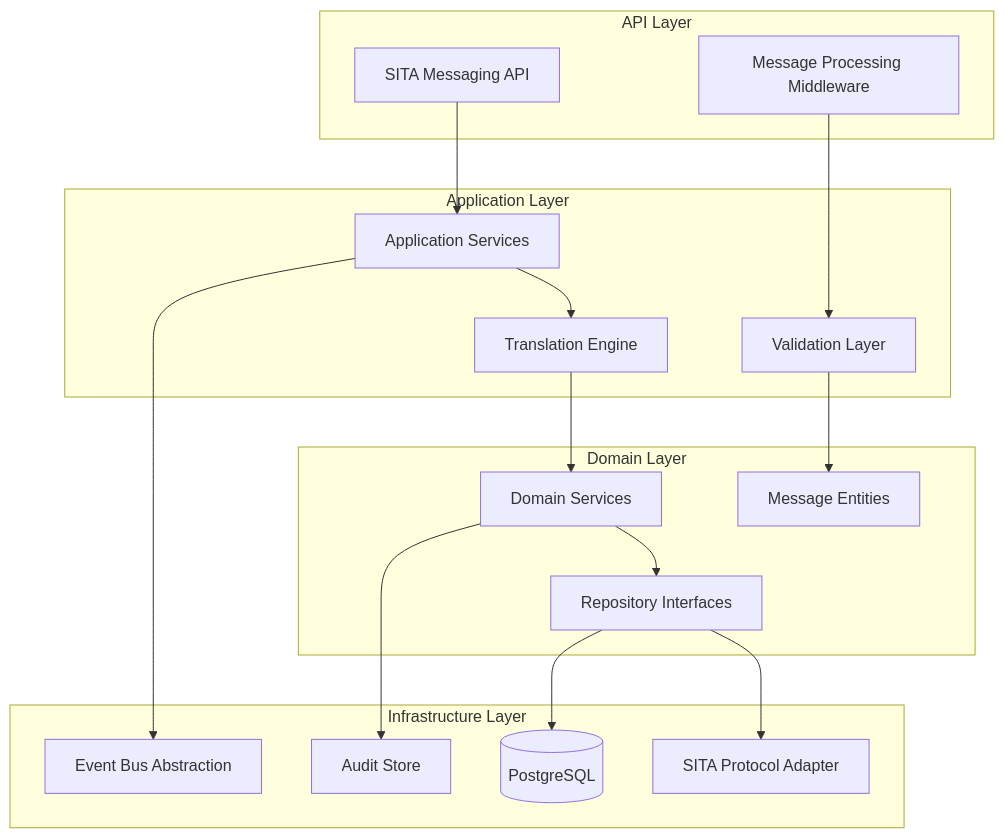
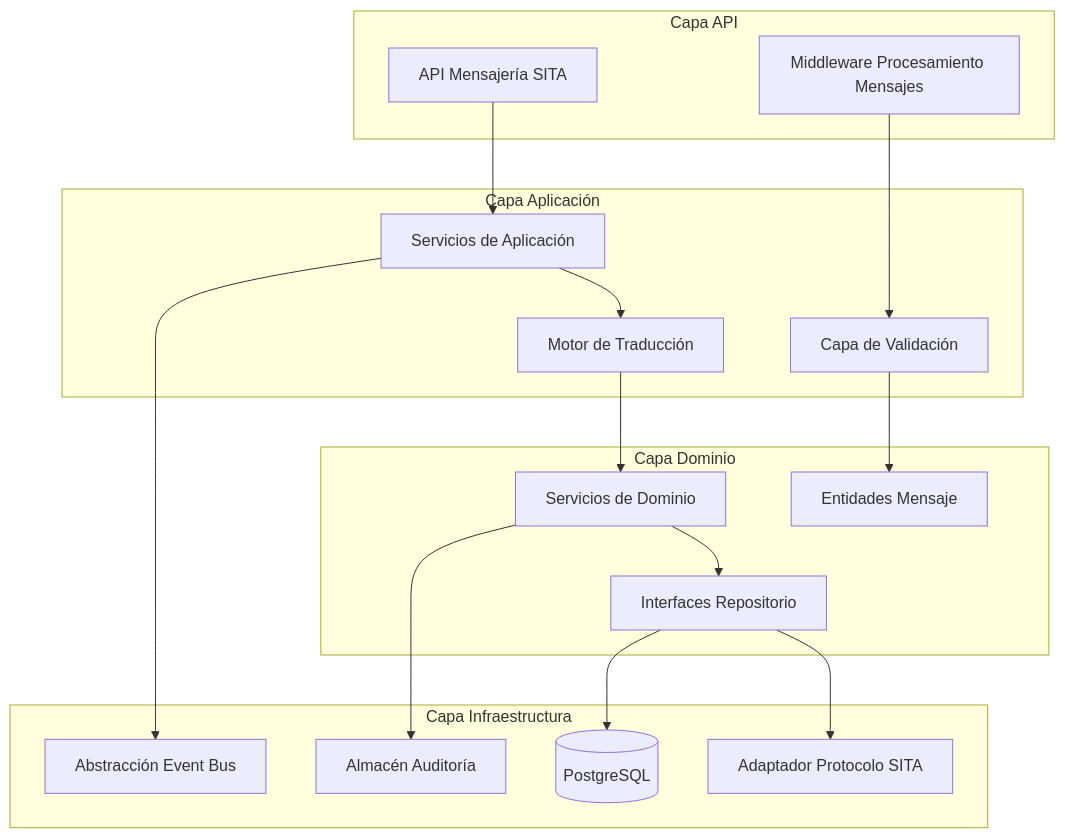
One commit to jclemente-tlm/tlm-arq-servicios-corporativos changed the diagram in docs/servicio-mensajeria-sita/05-vista-bloques-construccion.md. Above: the diagram before and after it, drawn with Mermaid. The commit also changed other lines of this file and 48 other files, not shown here.

````diff
--- a/docs/servicio-mensajeria-sita/05-vista-bloques-construccion.md
+++ b/docs/servicio-mensajeria-sita/05-vista-bloques-construccion.md
@@ -9,37 +9,37 @@
 ```mermaid
 graph TB
-    subgraph "API Layer"
-        API[SITA Messaging API]
-        MW[Message Processing Middleware]
+    subgraph "Capa API"
+        API[API Mensajería SITA]
+        MW[Middleware Procesamiento Mensajes]
     end
 
-    subgraph "Application Layer"
-        AS[Application Services]
-        VL[Validation Layer]
-        TR[Translation Engine]
+    subgraph "Capa Aplicación"
+        AS[Servicios de Aplicación]
+        VL[Capa de Validación]
+        TR[Motor de Traducción]
     end
 
-    subgraph "Domain Layer"
-        MSG[Message Entities]
-        SVC[Domain Services]
-        REPO[Repository Interfaces]
+    subgraph "Capa Dominio"
+        MSG[Entidades Mensaje]
+        SVC[Servicios de Dominio]
+        REPO[Interfaces Repositorio]
     end
 
-    subgraph "Infrastructure Layer"
-        SITA[SITA Protocol Adapter]
+    subgraph "Capa Infraestructura"
+        SITA[Adaptador Protocolo SITA]
         DB[(PostgreSQL)]
-        EVENTBUS[Event Bus Abstraction]
-        AUDIT[Audit Store]
+        EVENTBUS[Abstracción Event Bus]
+        AUDIT[Almacén Auditoría]
     end
 
     API --> AS
     MW --> VL
     AS --> TR
     VL --> MSG
     TR --> SVC
     SVC --> REPO
     REPO --> SITA
     REPO --> DB
     AS --> EVENTBUS
     SVC --> AUDIT
 ```
````
